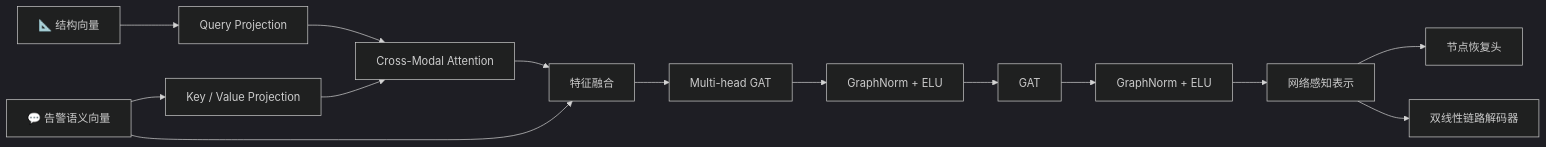
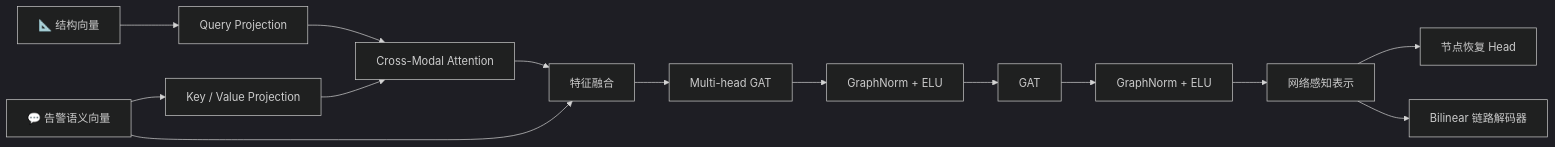
One commit to Xu0225/GNN_LLM_EXP changed the third of 4 diagrams in readme.md. Above: the diagram before and after it, drawn with Mermaid (dark theme). The commit also changed other lines of this file, not shown here.

```diff
--- a/readme.md
+++ b/readme.md
@@ -249,23 +255,23 @@
 ~~~mermaid
 flowchart LR
     ST["📐 结构向量"]
     SM["💬 告警语义向量"]
 
     ST --> Q["Query Projection"]
     SM --> KV["Key / Value Projection"]
 
     Q --> ATT["Cross-Modal Attention"]
     KV --> ATT
 
     ATT --> CAT["特征融合"]
     SM --> CAT
 
     CAT --> G1["Multi-head GAT"]
     G1 --> GN1["GraphNorm + ELU"]
     GN1 --> G2["GAT"]
     G2 --> GN2["GraphNorm + ELU"]
     GN2 --> Z["网络感知表示"]
 
-    Z --> NODE["节点恢复头"]
-    Z --> LINK["双线性链路解码器"]
+    Z --> NODE["节点恢复 Head"]
+    Z --> LINK["Bilinear 链路解码器"]
 ~~~
```
